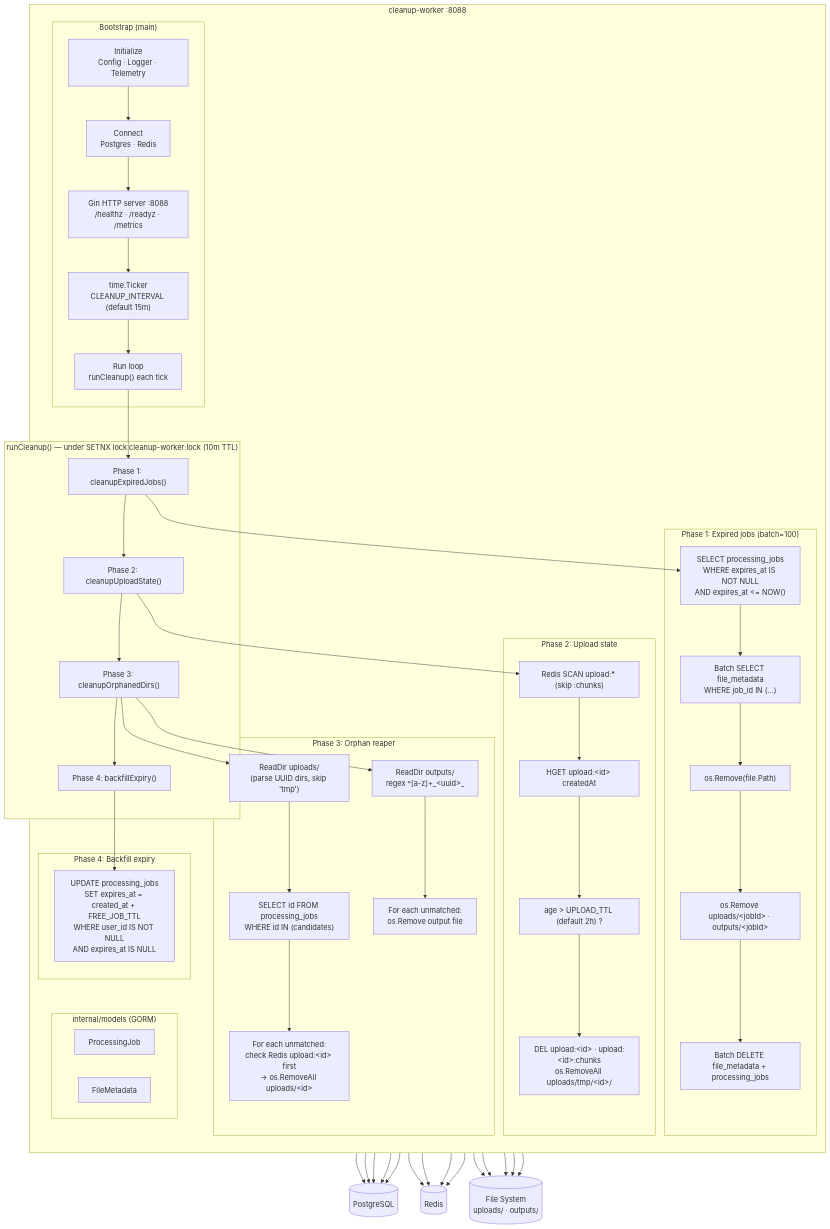
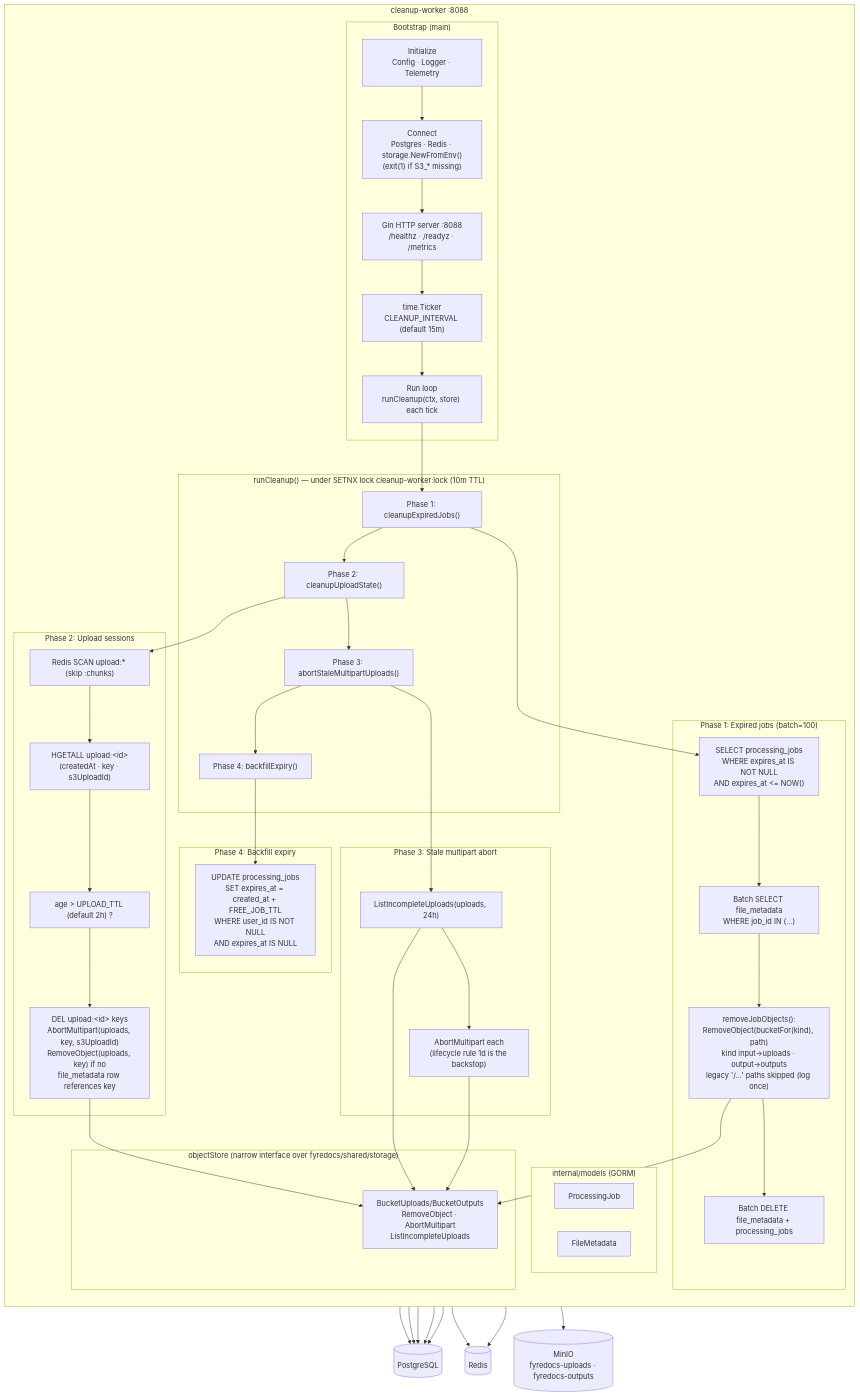
Before and after one commit to Prachidubey2003/fyredocs_backend: the first of 4 diagrams in docs/developer/mermaid/service-cleanup-worker-architecture.md, drawn with Mermaid. The commit also changed other lines of this file and 84 other files, not shown here.

````diff
--- a/docs/developer/mermaid/service-cleanup-worker-architecture.md
+++ b/docs/developer/mermaid/service-cleanup-worker-architecture.md
@@ -7,67 +7,66 @@
 ```mermaid
 graph TB
     subgraph cleanup-worker[" cleanup-worker :8088 "]
         direction TB
 
         subgraph Bootstrap["Bootstrap (main)"]
             INIT["Initialize<br/>Config · Logger · Telemetry"]
-            CONNECT["Connect<br/>Postgres · Redis"]
+            CONNECT["Connect<br/>Postgres · Redis · storage.NewFromEnv()<br/>(exit(1) if S3_* missing)"]
             HTTP["Gin HTTP server :8088<br/>/healthz · /readyz · /metrics"]
             TICKER["time.Ticker<br/>CLEANUP_INTERVAL (default 15m)"]
-            LOOP["Run loop<br/>runCleanup() each tick"]
+            LOOP["Run loop<br/>runCleanup(ctx, store) each tick"]
         end
 
         subgraph Cleanup["runCleanup() — under SETNX lock cleanup-worker:lock (10m TTL)"]
             P1["Phase 1: cleanupExpiredJobs()"]
             P2["Phase 2: cleanupUploadState()"]
-            P3["Phase 3: cleanupOrphanedDirs()"]
+            P3["Phase 3: abortStaleMultipartUploads()"]
             P4["Phase 4: backfillExpiry()"]
         end
 
         subgraph P1Detail["Phase 1: Expired jobs (batch=100)"]
             P1A["SELECT processing_jobs<br/>WHERE expires_at IS NOT NULL<br/>AND expires_at <= NOW()"]
             P1B["Batch SELECT file_metadata<br/>WHERE job_id IN (...)"]
-            P1C["os.Remove(file.Path)"]
-            P1D["os.Remove uploads/&lt;jobId&gt; · outputs/&lt;jobId&gt;"]
-            P1E["Batch DELETE file_metadata + processing_jobs"]
+            P1C["removeJobObjects():<br/>RemoveObject(bucketFor(kind), path)<br/>kind input→uploads · output→outputs<br/>legacy '/...' paths skipped (log once)"]
+            P1D["Batch DELETE file_metadata + processing_jobs"]
         end
 
-        subgraph P2Detail["Phase 2: Upload state"]
+        subgraph P2Detail["Phase 2: Upload sessions"]
             P2A["Redis SCAN upload:* (skip :chunks)"]
-            P2B["HGET upload:&lt;id&gt; createdAt"]
+            P2B["HGETALL upload:&lt;id&gt;<br/>(createdAt · key · s3UploadId)"]
             P2C["age > UPLOAD_TTL (default 2h) ?"]
-            P2D["DEL upload:&lt;id&gt; · upload:&lt;id&gt;:chunks<br/>os.RemoveAll uploads/tmp/&lt;id&gt;/"]
+            P2D["DEL upload:&lt;id&gt; keys<br/>AbortMultipart(uploads, key, s3UploadId)<br/>RemoveObject(uploads, key) if no<br/>file_metadata row references key"]
         end
 
-        subgraph P3Detail["Phase 3: Orphan reaper"]
-            P3A["ReadDir uploads/<br/>(parse UUID dirs, skip 'tmp')"]
-            P3B["SELECT id FROM processing_jobs<br/>WHERE id IN (candidates)"]
-            P3C["For each unmatched:<br/>check Redis upload:&lt;id&gt; first<br/>→ os.RemoveAll uploads/&lt;id&gt;"]
-            P3D["ReadDir outputs/<br/>regex ^[a-z]+_&lt;uuid&gt;_"]
-            P3E["For each unmatched:<br/>os.Remove output file"]
+        subgraph P3Detail["Phase 3: Stale multipart abort"]
+            P3A["ListIncompleteUploads(uploads, 24h)"]
+            P3B["AbortMultipart each<br/>(lifecycle rule 1d is the backstop)"]
         end
 
         subgraph P4Detail["Phase 4: Backfill expiry"]
             P4A["UPDATE processing_jobs<br/>SET expires_at = created_at + FREE_JOB_TTL<br/>WHERE user_id IS NOT NULL<br/>AND expires_at IS NULL"]
         end
 
         subgraph Models["internal/models (GORM)"]
             JM["ProcessingJob"]
             FM["FileMetadata"]
         end
+
+        subgraph Store["objectStore (narrow interface over fyredocs/shared/storage)"]
+            ST["BucketUploads/BucketOutputs<br/>RemoveObject · AbortMultipart<br/>ListIncompleteUploads"]
+        end
     end
 
     INIT --> CONNECT --> HTTP --> TICKER --> LOOP
     LOOP --> P1 --> P2 --> P3 --> P4
 
-    P1 --> P1A --> P1B --> P1C --> P1D --> P1E
+    P1 --> P1A --> P1B --> P1C --> P1D
     P2 --> P2A --> P2B --> P2C --> P2D
-    P3 --> P3A --> P3B --> P3C
-    P3 --> P3D --> P3E
+    P3 --> P3A --> P3B
     P4 --> P4A
 
-    P1A & P1B & P1E & P3B & P4A --> PG[(PostgreSQL)]
-    P2A & P2B & P2D --> RD[(Redis)]
-    P3C --> RD
-    P1C & P1D & P2D & P3C & P3E --> Disk[(File System<br/>uploads/ · outputs/)]
+    P1A & P1B & P1D & P2D & P4A --> PG[(PostgreSQL)]
+    P2A & P2B --> RD[(Redis)]
+    P1C & P2D & P3A & P3B --> ST
+    ST --> S3[(MinIO<br/>fyredocs-uploads · fyredocs-outputs)]
 ```
````
